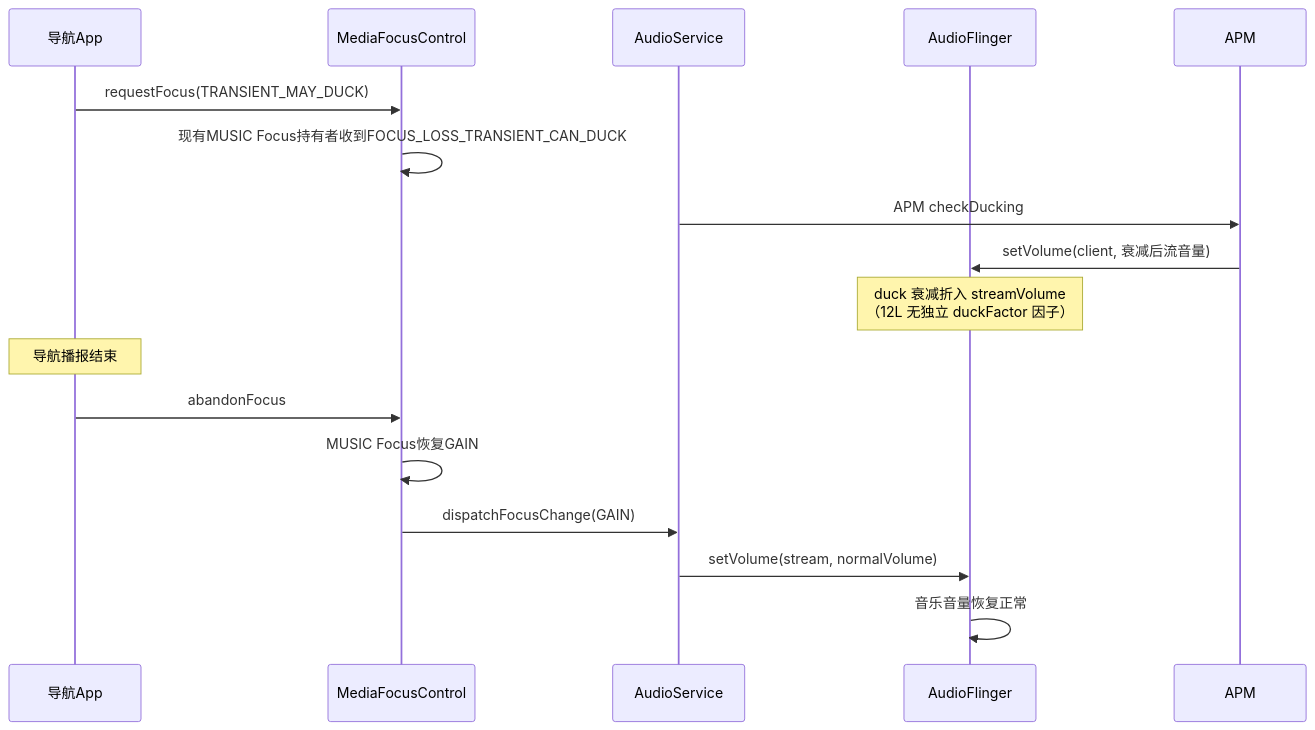
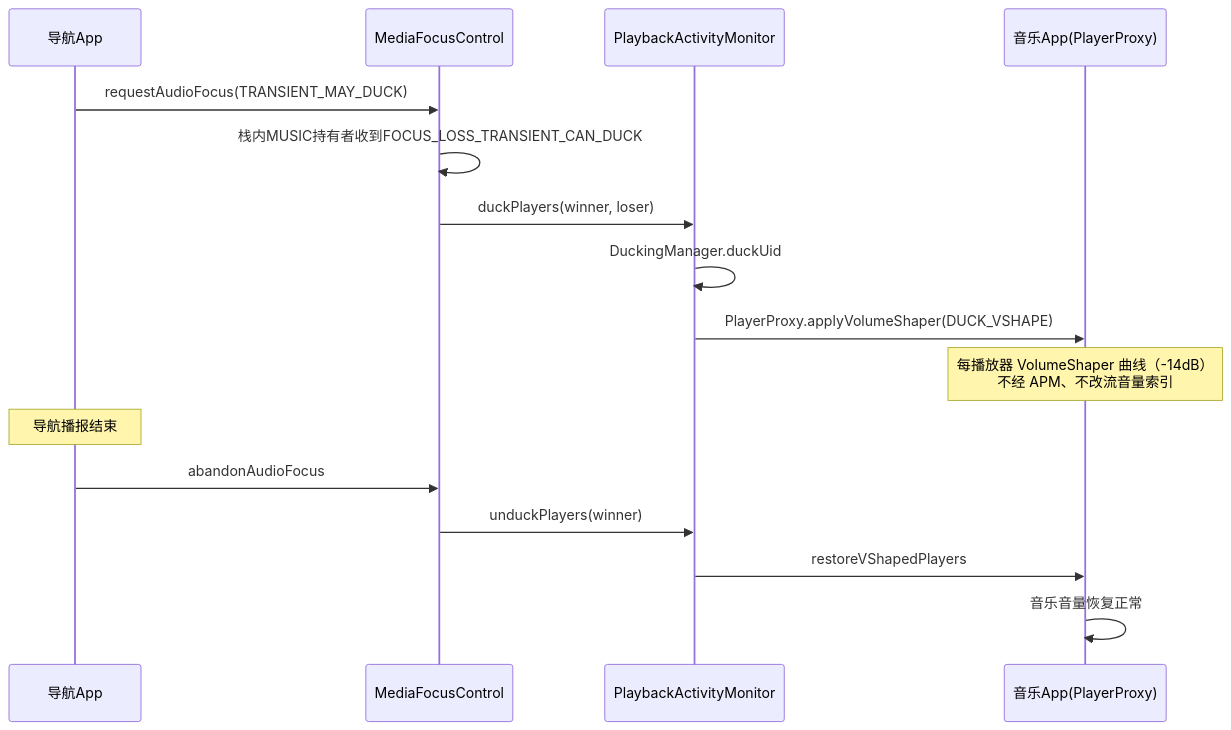
One commit to yanglinzhen1022/SA8295_AAOS_QNX_Audio_KnowledgeBase changed the second of 10 diagrams in 13_Volume_Device_Deep_Dive/13_13.3_Focus+Device+Volume联合交互场景.md. Above: the diagram before and after it, drawn with Mermaid. The commit also changed other lines of this file and 4 other files, not shown here.

````diff
--- a/13_Volume_Device_Deep_Dive/13_13.3_Focus+Device+Volume联合交互场景.md
+++ b/13_Volume_Device_Deep_Dive/13_13.3_Focus+Device+Volume联合交互场景.md
@@ -57,21 +57,20 @@
 ```mermaid
 sequenceDiagram
     participant NAV as 导航App
     participant MFC as MediaFocusControl
-    participant AS as AudioService
-    participant AF as AudioFlinger
+    participant PAM as PlaybackActivityMonitor
+    participant APP as 音乐App(PlayerProxy)
     
-    NAV->>MFC: requestFocus(TRANSIENT_MAY_DUCK)
-    MFC->>MFC: 现有MUSIC Focus持有者收到FOCUS_LOSS_TRANSIENT_CAN_DUCK
-    AS->>APM: APM checkDucking
-    APM->>AF: setVolume(client, 衰减后流音量)
-    
-    Note over AF: duck 衰减折入 streamVolume<br>（12L 无独立 duckFactor 因子）
+    NAV->>MFC: requestAudioFocus(TRANSIENT_MAY_DUCK)
+    MFC->>MFC: 栈内MUSIC持有者收到FOCUS_LOSS_TRANSIENT_CAN_DUCK
+    MFC->>PAM: duckPlayers(winner, loser)
+    PAM->>PAM: DuckingManager.duckUid
+    PAM->>APP: PlayerProxy.applyVolumeShaper(DUCK_VSHAPE)
+    Note over APP: 每播放器 VolumeShaper 曲线（-14dB）<br>不经 APM、不改流音量索引
     
     Note over NAV: 导航播报结束
-    NAV->>MFC: abandonFocus
-    MFC->>MFC: MUSIC Focus恢复GAIN
-    MFC->>AS: dispatchFocusChange(GAIN)
-    AS->>AF: setVolume(stream, normalVolume)
-    AF->>AF: 音乐音量恢复正常
+    NAV->>MFC: abandonAudioFocus
+    MFC->>PAM: unduckPlayers(winner)
+    PAM->>APP: restoreVShapedPlayers
+    APP->>APP: 音乐音量恢复正常
 ```
````
